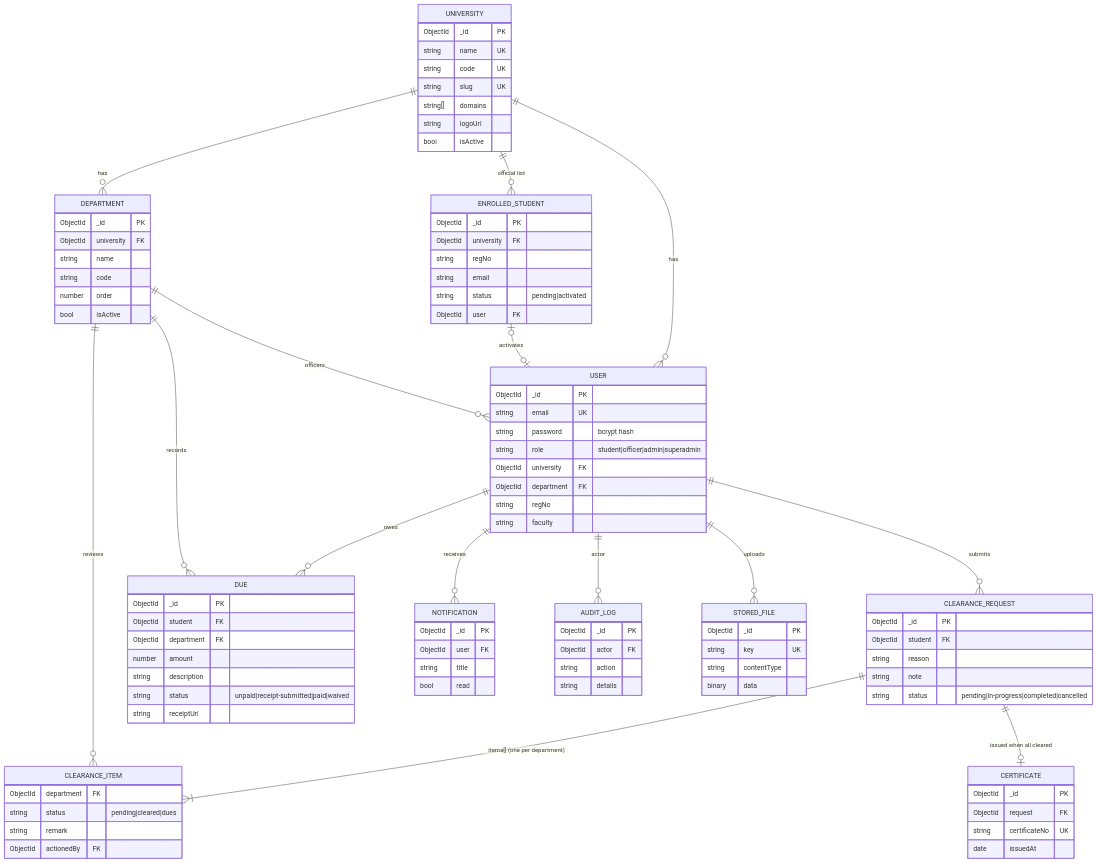
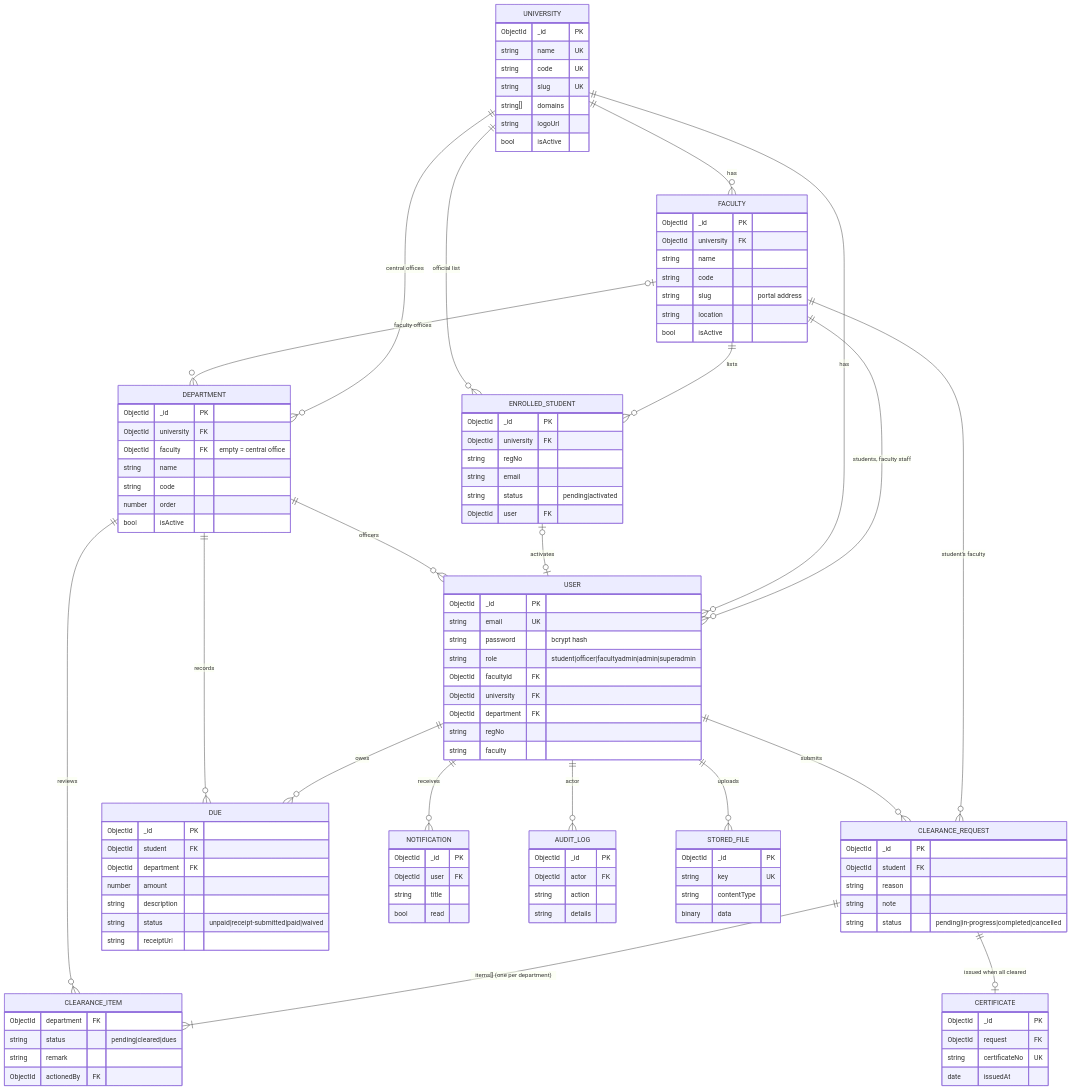
The diagram in README.md (Saiyaf-Sdk/clearpath), drawn with Mermaid before and after one commit. The commit also changed other lines of this file and 1 other file, not shown here.

First line of the commit message:
Document faculties, faculty admins and the new sign-in flow

````diff
--- a/README.md
+++ b/README.md
@@ -194,6 +201,11 @@
 ```mermaid
 erDiagram
-    UNIVERSITY ||--o{ DEPARTMENT : has
+    UNIVERSITY ||--o{ FACULTY : has
+    UNIVERSITY ||--o{ DEPARTMENT : "central offices"
+    FACULTY |o--o{ DEPARTMENT : "faculty offices"
+    FACULTY ||--o{ USER : "students, faculty staff"
+    FACULTY ||--o{ ENROLLED_STUDENT : lists
+    FACULTY ||--o{ CLEARANCE_REQUEST : "student's faculty"
     UNIVERSITY ||--o{ USER : has
     UNIVERSITY ||--o{ ENROLLED_STUDENT : "official list"
     ENROLLED_STUDENT |o--o| USER : "activates"
@@ -217,9 +229,19 @@
         string logoUrl
         bool isActive
     }
+    FACULTY {
+        ObjectId _id PK
+        ObjectId university FK
+        string name
+        string code
+        string slug "portal address"
+        string location
+        bool isActive
+    }
     DEPARTMENT {
         ObjectId _id PK
         ObjectId university FK
+        ObjectId faculty FK "empty = central office"
         string name
         string code
         number order
@@ -229,7 +251,8 @@
         ObjectId _id PK
         string email UK
         string password "bcrypt hash"
-        string role "student|officer|admin|superadmin"
+        string role "student|officer|facultyadmin|admin|superadmin"
+        ObjectId facultyId FK
         ObjectId university FK
         ObjectId department FK
         string regNo
````
